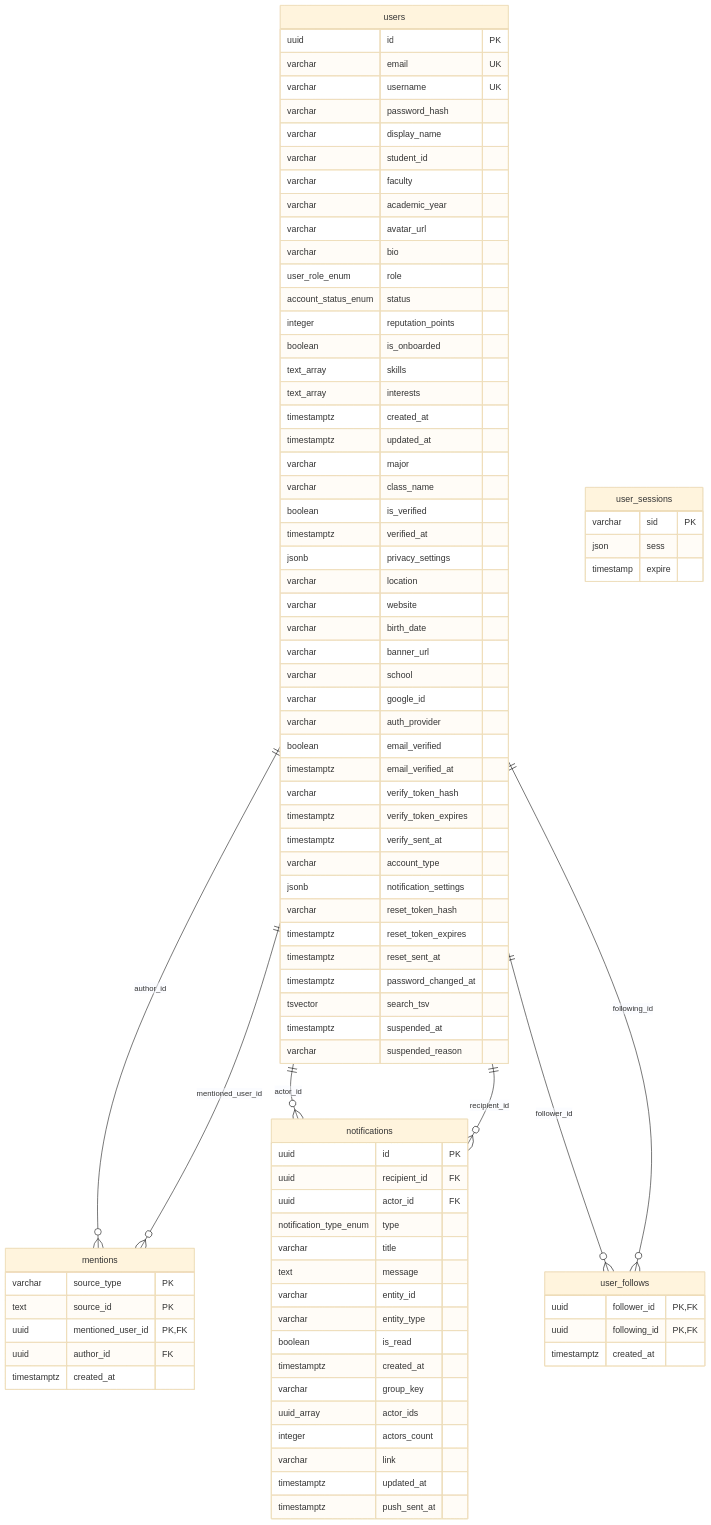
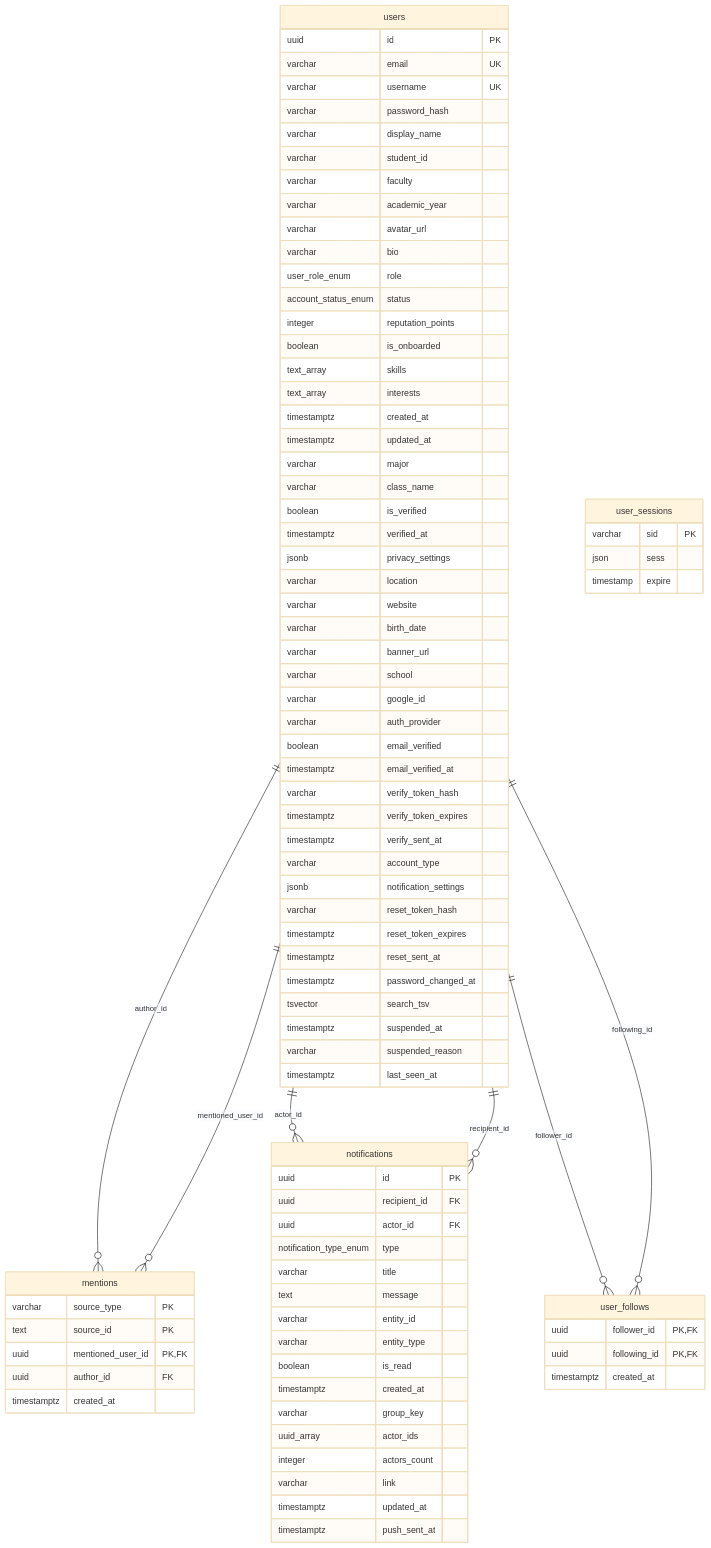
Before and after one commit to nhatcoi/pu-connect: the second of 6 diagrams in docs/diagrams/04-erd.md, drawn with Mermaid (base theme). The commit also changed 4 other files, not shown here.

Commit message:
docs(presence): document activity status, ERD and diagrams

```diff
--- a/docs/diagrams/04-erd.md
+++ b/docs/diagrams/04-erd.md
@@ -120,6 +120,7 @@
     tsvector search_tsv
     timestamptz suspended_at
     varchar suspended_reason
+    timestamptz last_seen_at
   }
   user_follows {
     uuid follower_id PK,FK
```
